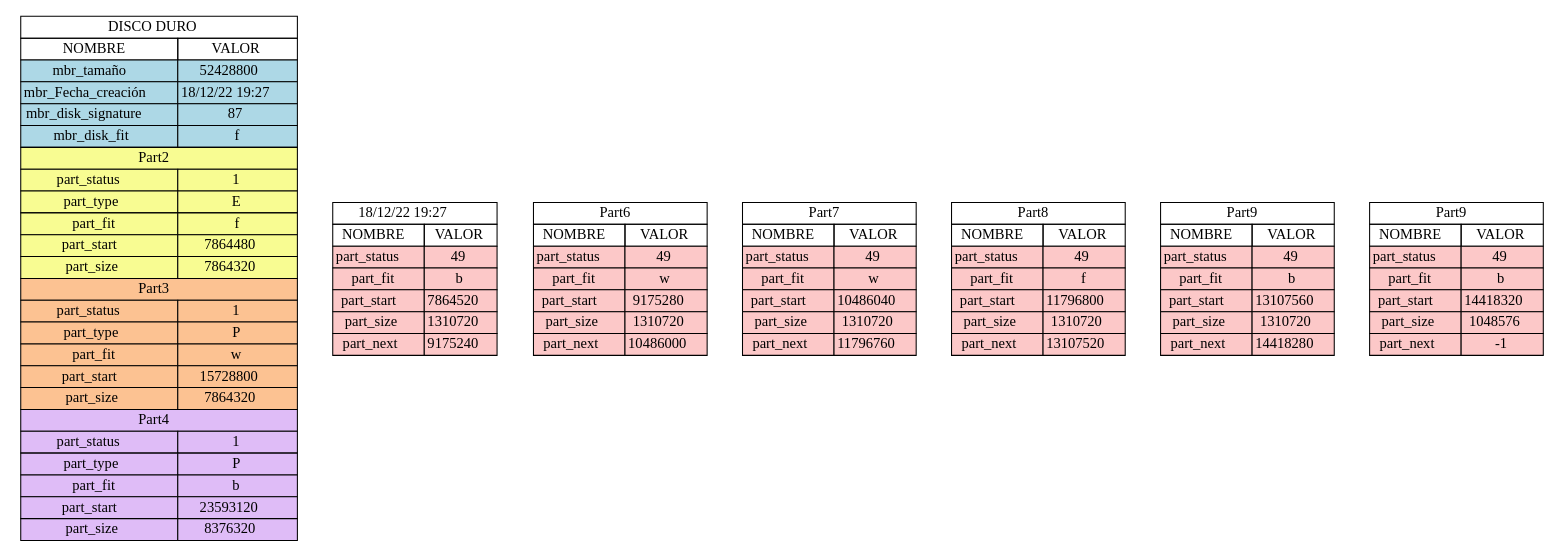
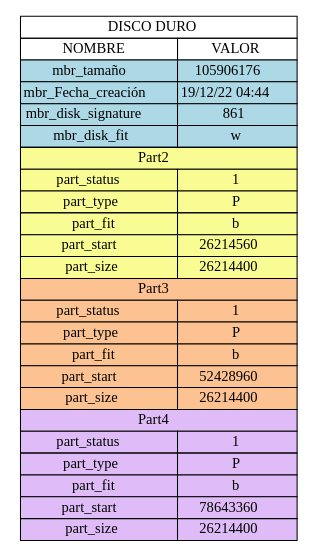
Before and after one commit to elderpum/MIA_Proyecto1_Vacaciones2022: the diagram in MasterBootRecord_report.dot, drawn with Graphviz. The commit also changed 8 other files, not shown here.

```diff
--- a/MasterBootRecord_report.dot
+++ b/MasterBootRecord_report.dot
@@ -1,111 +1,33 @@
 digraph {
 tbl[
 shape=plaintext
  label =<
 <table border='0' cellborder='1' cellspacing='0'>
 <tr><td colspan="3">DISCO DURO</td></tr>
 <th><td>NOMBRE</td><td>VALOR</td></th>
-<tr><td bgcolor="lightblue">mbr_tamaño</td><td bgcolor="lightblue">52428800</td></tr>
-<tr><td bgcolor="lightblue">mbr_Fecha_creación</td><td bgcolor="lightblue">18/12/22 19:27</td></tr>
-<tr><td bgcolor="lightblue">mbr_disk_signature</td><td bgcolor="lightblue">87</td></tr>
-<tr><td bgcolor="lightblue">mbr_disk_fit</td><td bgcolor="lightblue">f</td></tr>
+<tr><td bgcolor="lightblue">mbr_tamaño</td><td bgcolor="lightblue">105906176</td></tr>
+<tr><td bgcolor="lightblue">mbr_Fecha_creación</td><td bgcolor="lightblue">19/12/22 04:44</td></tr>
+<tr><td bgcolor="lightblue">mbr_disk_signature</td><td bgcolor="lightblue">861</td></tr>
+<tr><td bgcolor="lightblue">mbr_disk_fit</td><td bgcolor="lightblue">w</td></tr>
 <tr><td colspan="2" bgcolor="#f8fc92">Part2</td></tr>
 <tr><td bgcolor="#f8fc92">part_status</td><td bgcolor="#f8fc92">1</td></tr>
-<tr><td bgcolor="#f8fc92">part_type</td><td bgcolor="#f8fc92">E</td></tr>
-<tr><td bgcolor="#f8fc92">part_fit</td><td bgcolor="#f8fc92">f</td></tr>
-<tr><td bgcolor="#f8fc92">part_start</td><td bgcolor="#f8fc92">7864480</td></tr>
-<tr><td bgcolor="#f8fc92">part_size</td><td bgcolor="#f8fc92">7864320</td></tr>
+<tr><td bgcolor="#f8fc92">part_type</td><td bgcolor="#f8fc92">P</td></tr>
+<tr><td bgcolor="#f8fc92">part_fit</td><td bgcolor="#f8fc92">b</td></tr>
+<tr><td bgcolor="#f8fc92">part_start</td><td bgcolor="#f8fc92">26214560</td></tr>
+<tr><td bgcolor="#f8fc92">part_size</td><td bgcolor="#f8fc92">26214400</td></tr>
 <tr><td colspan="2" bgcolor="#fcc292">Part3</td></tr>
 <tr><td bgcolor="#fcc292">part_status</td><td bgcolor="#fcc292">1</td></tr>
 <tr><td bgcolor="#fcc292">part_type</td><td bgcolor="#fcc292">P</td></tr>
-<tr><td bgcolor="#fcc292">part_fit</td><td bgcolor="#fcc292">w</td></tr>
-<tr><td bgcolor="#fcc292">part_start</td><td bgcolor="#fcc292">15728800</td></tr>
-<tr><td bgcolor="#fcc292">part_size</td><td bgcolor="#fcc292">7864320</td></tr>
+<tr><td bgcolor="#fcc292">part_fit</td><td bgcolor="#fcc292">b</td></tr>
+<tr><td bgcolor="#fcc292">part_start</td><td bgcolor="#fcc292">52428960</td></tr>
+<tr><td bgcolor="#fcc292">part_size</td><td bgcolor="#fcc292">26214400</td></tr>
 <tr><td colspan="2" bgcolor="#dfbcf7">Part4</td></tr>
 <tr><td bgcolor="#dfbcf7">part_status</td><td bgcolor="#dfbcf7">1</td></tr>
 <tr><td bgcolor="#dfbcf7">part_type</td><td bgcolor="#dfbcf7">P</td></tr>
 <tr><td bgcolor="#dfbcf7">part_fit</td><td bgcolor="#dfbcf7">b</td></tr>
-<tr><td bgcolor="#dfbcf7">part_start</td><td bgcolor="#dfbcf7">23593120</td></tr>
-<tr><td bgcolor="#dfbcf7">part_size</td><td bgcolor="#dfbcf7">8376320</td></tr>
+<tr><td bgcolor="#dfbcf7">part_start</td><td bgcolor="#dfbcf7">78643360</td></tr>
+<tr><td bgcolor="#dfbcf7">part_size</td><td bgcolor="#dfbcf7">26214400</td></tr>
 </table>
 >];
 
-tbl1 [
-shape=plaintext
- label=<
-<table border='0' cellborder='1' cellspacing='0'>
-<tr><td colspan="3">18/12/22 19:27</td></tr>
-<th><td>NOMBRE</td><td>VALOR</td></th>
-<tr><td bgcolor="#fcc8c8">part_status</td><td bgcolor="#fcc8c8">49</td></tr>
-<tr><td bgcolor="#fcc8c8">part_fit</td><td bgcolor="#fcc8c8">b</td></tr>
-<tr><td bgcolor="#fcc8c8">part_start</td><td bgcolor="#fcc8c8">7864520</td></tr>
-<tr><td bgcolor="#fcc8c8">part_size</td><td bgcolor="#fcc8c8">1310720</td></tr>
-<tr><td bgcolor="#fcc8c8">part_next</td><td bgcolor="#fcc8c8">9175240</td></tr>
-</table>
->];
-tbl2 [
-shape=plaintext
- label=<
-<table border='0' cellborder='1' cellspacing='0'>
-<tr><td colspan="3">Part6</td></tr>
-<th><td>NOMBRE</td><td>VALOR</td></th>
-<tr><td bgcolor="#fcc8c8">part_status</td><td bgcolor="#fcc8c8">49</td></tr>
-<tr><td bgcolor="#fcc8c8">part_fit</td><td bgcolor="#fcc8c8">w</td></tr>
-<tr><td bgcolor="#fcc8c8">part_start</td><td bgcolor="#fcc8c8">9175280</td></tr>
-<tr><td bgcolor="#fcc8c8">part_size</td><td bgcolor="#fcc8c8">1310720</td></tr>
-<tr><td bgcolor="#fcc8c8">part_next</td><td bgcolor="#fcc8c8">10486000</td></tr>
-</table>
->];
-tbl3 [
-shape=plaintext
- label=<
-<table border='0' cellborder='1' cellspacing='0'>
-<tr><td colspan="3">Part7</td></tr>
-<th><td>NOMBRE</td><td>VALOR</td></th>
-<tr><td bgcolor="#fcc8c8">part_status</td><td bgcolor="#fcc8c8">49</td></tr>
-<tr><td bgcolor="#fcc8c8">part_fit</td><td bgcolor="#fcc8c8">w</td></tr>
-<tr><td bgcolor="#fcc8c8">part_start</td><td bgcolor="#fcc8c8">10486040</td></tr>
-<tr><td bgcolor="#fcc8c8">part_size</td><td bgcolor="#fcc8c8">1310720</td></tr>
-<tr><td bgcolor="#fcc8c8">part_next</td><td bgcolor="#fcc8c8">11796760</td></tr>
-</table>
->];
-tbl4 [
-shape=plaintext
- label=<
-<table border='0' cellborder='1' cellspacing='0'>
-<tr><td colspan="3">Part8</td></tr>
-<th><td>NOMBRE</td><td>VALOR</td></th>
-<tr><td bgcolor="#fcc8c8">part_status</td><td bgcolor="#fcc8c8">49</td></tr>
-<tr><td bgcolor="#fcc8c8">part_fit</td><td bgcolor="#fcc8c8">f</td></tr>
-<tr><td bgcolor="#fcc8c8">part_start</td><td bgcolor="#fcc8c8">11796800</td></tr>
-<tr><td bgcolor="#fcc8c8">part_size</td><td bgcolor="#fcc8c8">1310720</td></tr>
-<tr><td bgcolor="#fcc8c8">part_next</td><td bgcolor="#fcc8c8">13107520</td></tr>
-</table>
->];
-tbl5 [
-shape=plaintext
- label=<
-<table border='0' cellborder='1' cellspacing='0'>
-<tr><td colspan="3">Part9</td></tr>
-<th><td>NOMBRE</td><td>VALOR</td></th>
-<tr><td bgcolor="#fcc8c8">part_status</td><td bgcolor="#fcc8c8">49</td></tr>
-<tr><td bgcolor="#fcc8c8">part_fit</td><td bgcolor="#fcc8c8">b</td></tr>
-<tr><td bgcolor="#fcc8c8">part_start</td><td bgcolor="#fcc8c8">13107560</td></tr>
-<tr><td bgcolor="#fcc8c8">part_size</td><td bgcolor="#fcc8c8">1310720</td></tr>
-<tr><td bgcolor="#fcc8c8">part_next</td><td bgcolor="#fcc8c8">14418280</td></tr>
-</table>
->];
-tbl6 [
-shape=plaintext
- label=<
-<table border='0' cellborder='1' cellspacing='0'>
-<tr><td colspan="3">Part9</td></tr>
-<th><td>NOMBRE</td><td>VALOR</td></th>
-<tr><td bgcolor="#fcc8c8">part_status</td><td bgcolor="#fcc8c8">49</td></tr>
-<tr><td bgcolor="#fcc8c8">part_fit</td><td bgcolor="#fcc8c8">b</td></tr>
-<tr><td bgcolor="#fcc8c8">part_start</td><td bgcolor="#fcc8c8">14418320</td></tr>
-<tr><td bgcolor="#fcc8c8">part_size</td><td bgcolor="#fcc8c8">1048576</td></tr>
-<tr><td bgcolor="#fcc8c8">part_next</td><td bgcolor="#fcc8c8">-1</td></tr>
-</table>
->];
 }
```
